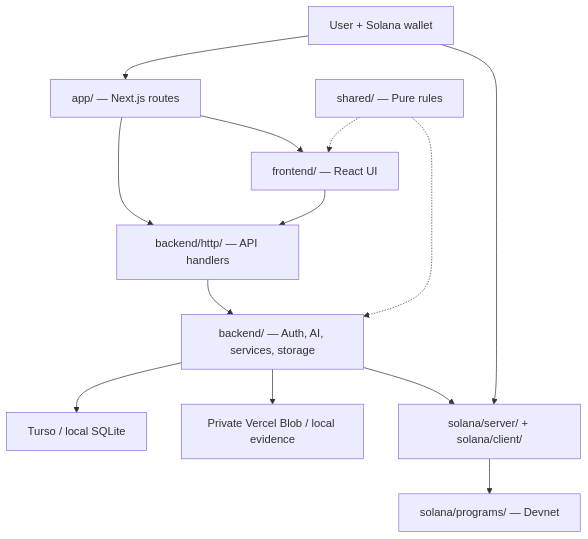
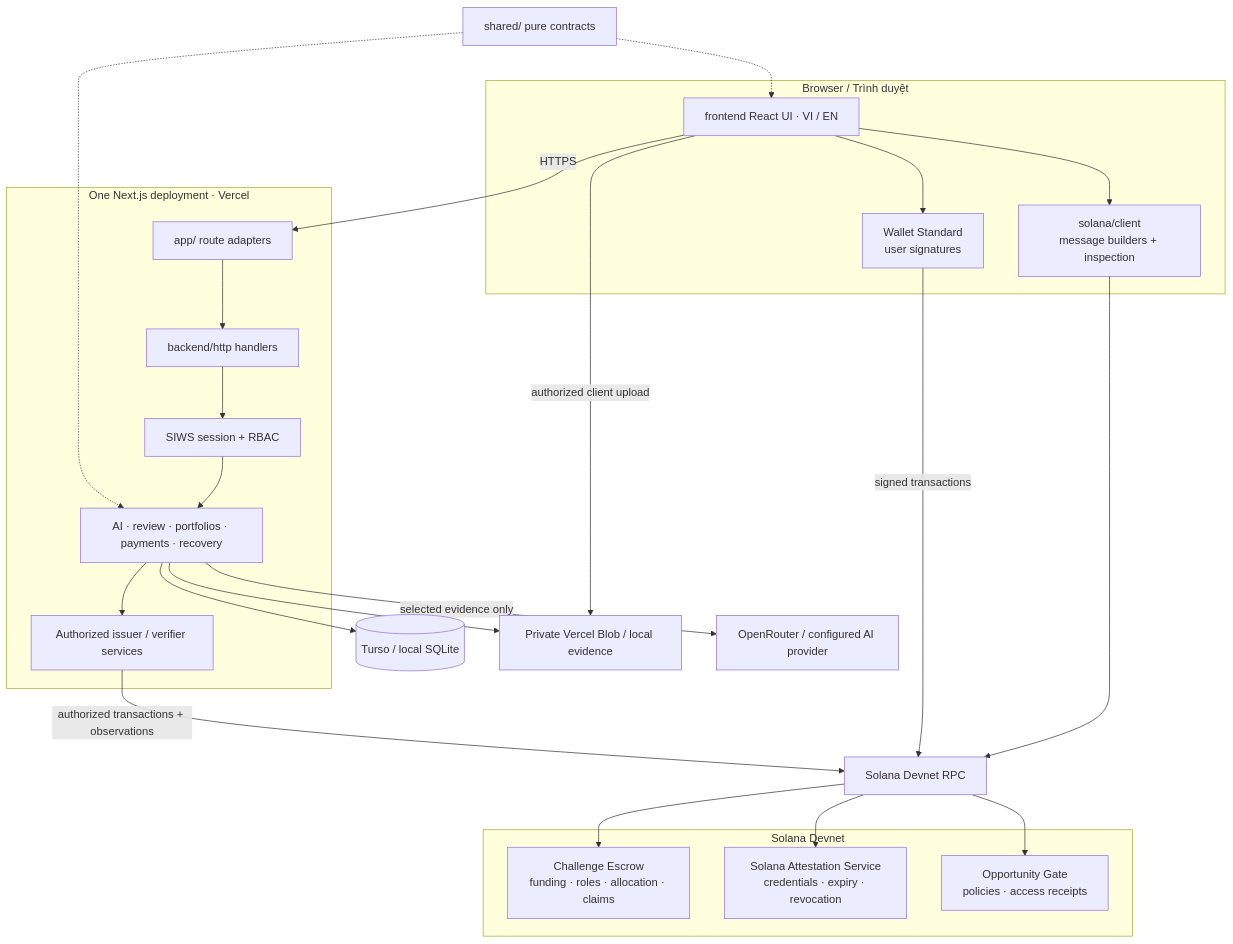
The first of 5 diagrams in docs/architecture/README.md (2274802010922/SkillBridge-Vietnam), drawn with Mermaid before and after one commit. The commit also changed other lines of this file and 16 other files, not shown here.

````diff
--- a/docs/architecture/README.md
+++ b/docs/architecture/README.md
@@ -6,15 +7,36 @@
 ```mermaid
-flowchart TD
-    User["User + Solana wallet"] --> Routes["app/ — Next.js routes"]
-    Routes --> UI["frontend/ — React UI"]
-    Routes --> API["backend/http/ — API handlers"]
-    UI --> API
-    API --> Services["backend/ — Auth, AI, services, storage"]
-    Services --> DB["Turso / local SQLite"]
-    Services --> Files["Private Vercel Blob / local evidence"]
-    Services --> Chain["solana/server/ + solana/client/"]
-    User --> Chain
-    Chain --> Programs["solana/programs/ — Devnet"]
-    Rules["shared/ — Pure rules"] -.-> UI
+flowchart TB
+    subgraph Browser["Browser / Trình duyệt"]
+      UI["frontend React UI · VI / EN"]
+      Wallet["Wallet Standard\nuser signatures"]
+      Client["solana/client\nmessage builders + inspection"]
+      UI --> Wallet
+      UI --> Client
+    end
+    subgraph Vercel["One Next.js deployment · Vercel"]
+      Routes["app/ route adapters"]
+      API["backend/http handlers"]
+      Auth["SIWS session + RBAC"]
+      Services["AI · review · portfolios · payments · recovery"]
+      Issuer["Authorized issuer / verifier services"]
+      Routes --> API --> Auth --> Services --> Issuer
+    end
+    UI -->|"HTTPS"| Routes
+    Services --> DB[("Turso / local SQLite")]
+    Services --> Blob["Private Vercel Blob / local evidence"]
+    UI -->|"authorized client upload"| Blob
+    Services -->|"selected evidence only"| AI["OpenRouter / configured AI provider"]
+    Client --> RPC["Solana Devnet RPC"]
+    Wallet -->|"signed transactions"| RPC
+    Issuer -->|"authorized transactions + observations"| RPC
+    subgraph Chain["Solana Devnet"]
+      Escrow["Challenge Escrow\nfunding · roles · allocation · claims"]
+      SAS["Solana Attestation Service\ncredentials · expiry · revocation"]
+      Gate["Opportunity Gate\npolicies · access receipts"]
+    end
+    RPC --> Escrow
+    RPC --> SAS
+    RPC --> Gate
+    Rules["shared/ pure contracts"] -.-> UI
     Rules -.-> Services
 ```
````
